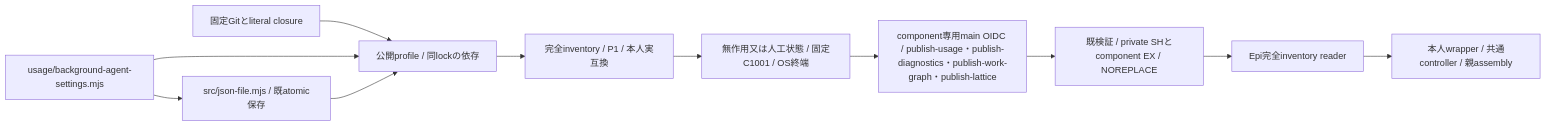
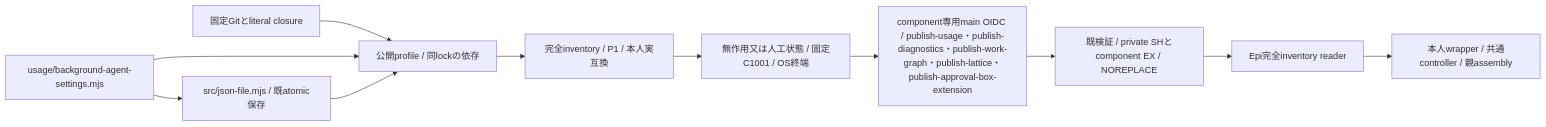
The first of 4 diagrams in docs/architecture/modules/distribution/business-artifacts.md (kitepon/BellTeam), drawn with Mermaid before and after one commit. The commit also changed other lines of this file and 32 other files, not shown here.

First line of the commit message:
approval-box-extension: update rows and signed distribution as a module (a158 slices 4+5, a176)

````diff
--- a/docs/architecture/modules/distribution/business-artifacts.md
+++ b/docs/architecture/modules/distribution/business-artifacts.md
@@ -5,13 +5,13 @@
 ```mermaid
 flowchart LR
   Git[固定Gitとliteral closure] --> Pack[公開profile / 同lockの依存]
   Background[usage/background-agent-settings.mjs] --> Atomic[src/json-file.mjs / 既atomic保存]
   Background --> Pack
   Atomic --> Pack
   Pack --> Archive[完全inventory / P1 / 本人実互換]
   Archive --> Probe[無作用又は人工状態 / 固定C1001 / OS終端]
-  Probe --> Sign[component専用main OIDC / publish-usage・publish-diagnostics・publish-work-graph・publish-lattice]
+  Probe --> Sign[component専用main OIDC / publish-usage・publish-diagnostics・publish-work-graph・publish-lattice・publish-approval-box-extension]
   Sign --> Root[既検証 / private SHとcomponent EX / NOREPLACE]
   Root --> Reader[Epi完全inventory reader]
   Reader --> Generation[本人wrapper / 共通controller / 親assembly]
 ```
````
